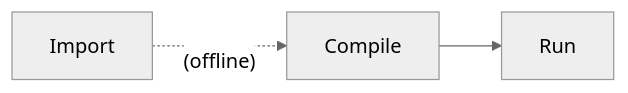
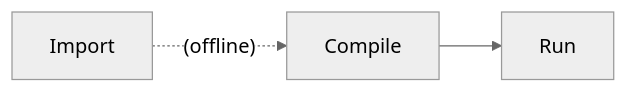
The diagram in onnx_ops/README.md (iree-org/iree-test-suites), drawn with Mermaid (neutral theme) before and after one commit.

Commit message:
Fix mermaidjs markdown rendering for onnx ops diagrams.

````diff
--- a/onnx_ops/README.md
+++ b/onnx_ops/README.md
@@ -8,5 +8,5 @@
 ```mermaid
 graph LR
-  Import -. "\n(offline)" .-> Compile
+  Import -. "(offline)" .-> Compile
   Compile --> Run
 ```
````
